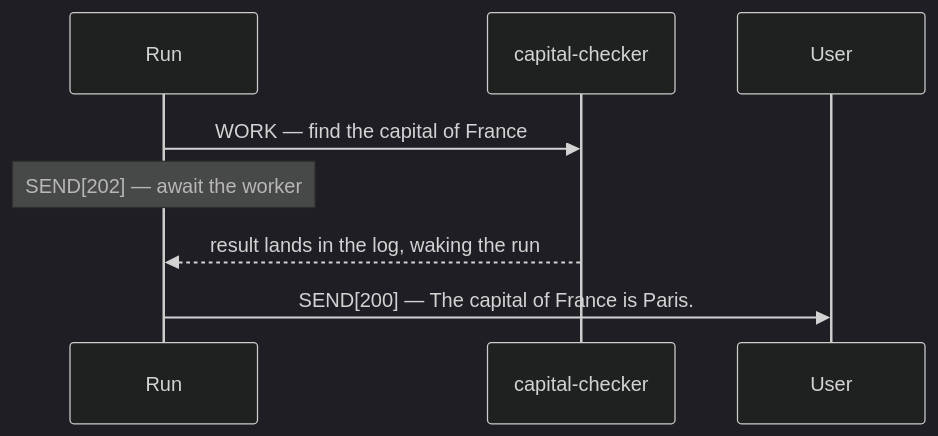
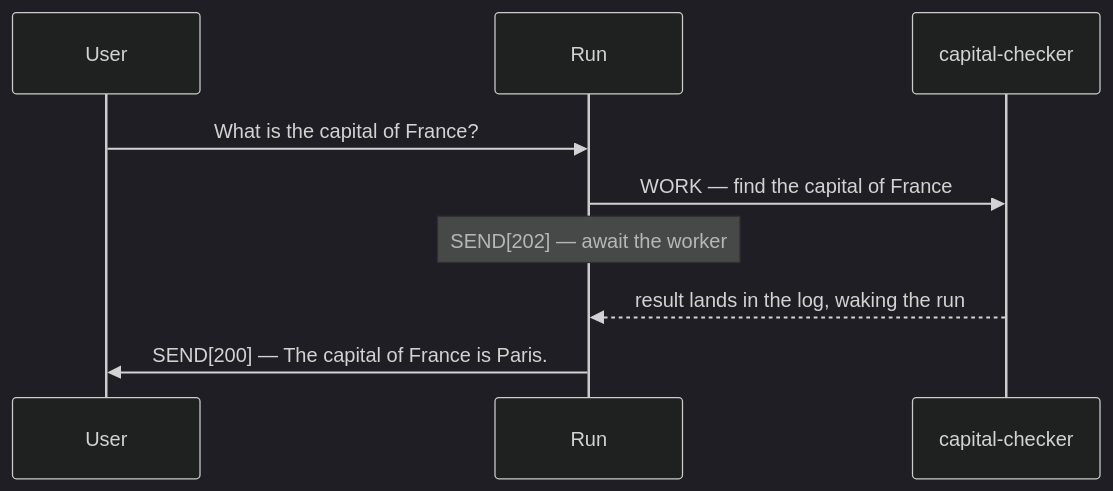
The first of 2 diagrams in plurnk-plurnkdown/fixtures/plurnk.md (plurnk/plurnk-service), drawn with Mermaid (dark theme) before and after one commit.

Commit message:
docs(plurnkdown): fix delegation sequence order + add prompt arrow (#0)

````diff
--- a/plurnk-plurnkdown/fixtures/plurnk.md
+++ b/plurnk-plurnkdown/fixtures/plurnk.md
@@ -149,9 +149,11 @@
 ```mermaid
 sequenceDiagram
+    participant User
     participant Run
     participant Worker as capital-checker
+    User->>Run: What is the capital of France?
     Run->>Worker: WORK — find the capital of France
     Note over Run: SEND[202] — await the worker
     Worker-->>Run: result lands in the log, waking the run
     Run->>User: SEND[200] — The capital of France is Paris.
 ```
````
